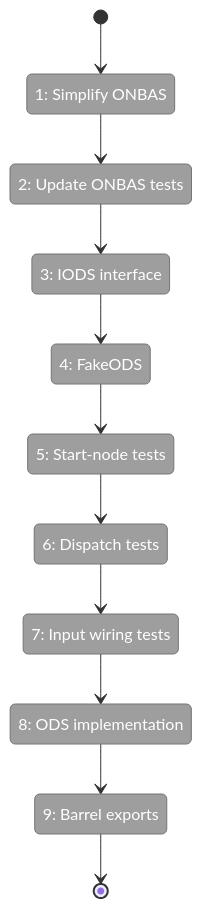
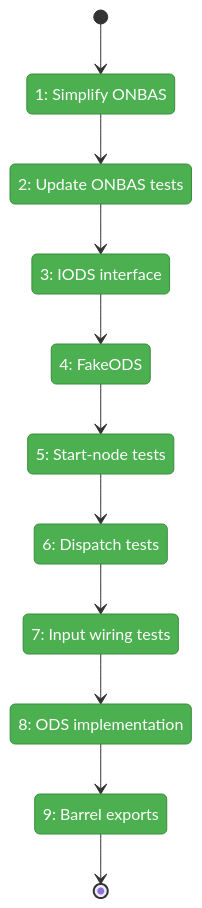
The first of 2 diagrams in docs/plans/030-positional-orchestrator/tasks/phase-6-ods-action-handlers/tasks.fltplan.md (AI-Substrate/chainglass), drawn with Mermaid before and after one commit. The commit also changed other lines of this file and 13 other files, not shown here.

````diff
--- a/docs/plans/030-positional-orchestrator/tasks/phase-6-ods-action-handlers/tasks.fltplan.md
+++ b/docs/plans/030-positional-orchestrator/tasks/phase-6-ods-action-handlers/tasks.fltplan.md
@@ -22,30 +22,30 @@
 ```mermaid
 stateDiagram-v2
     classDef pending fill:#9E9E9E,stroke:#757575,color:#fff
     classDef active fill:#FFC107,stroke:#FFA000,color:#000
     classDef done fill:#4CAF50,stroke:#388E3C,color:#fff
     classDef blocked fill:#F44336,stroke:#D32F2F,color:#fff
 
     state "1: Simplify ONBAS" as S1
     state "2: Update ONBAS tests" as S2
     state "3: IODS interface" as S3
     state "4: FakeODS" as S4
     state "5: Start-node tests" as S5
     state "6: Dispatch tests" as S6
     state "7: Input wiring tests" as S7
     state "8: ODS implementation" as S8
     state "9: Barrel exports" as S9
 
     [*] --> S1
     S1 --> S2
     S2 --> S3
     S3 --> S4
     S4 --> S5
     S5 --> S6
     S6 --> S7
     S7 --> S8
     S8 --> S9
     S9 --> [*]
 
-    class S1,S2,S3,S4,S5,S6,S7,S8,S9 pending
+    class S1,S2,S3,S4,S5,S6,S7,S8,S9 done
 ```
````
